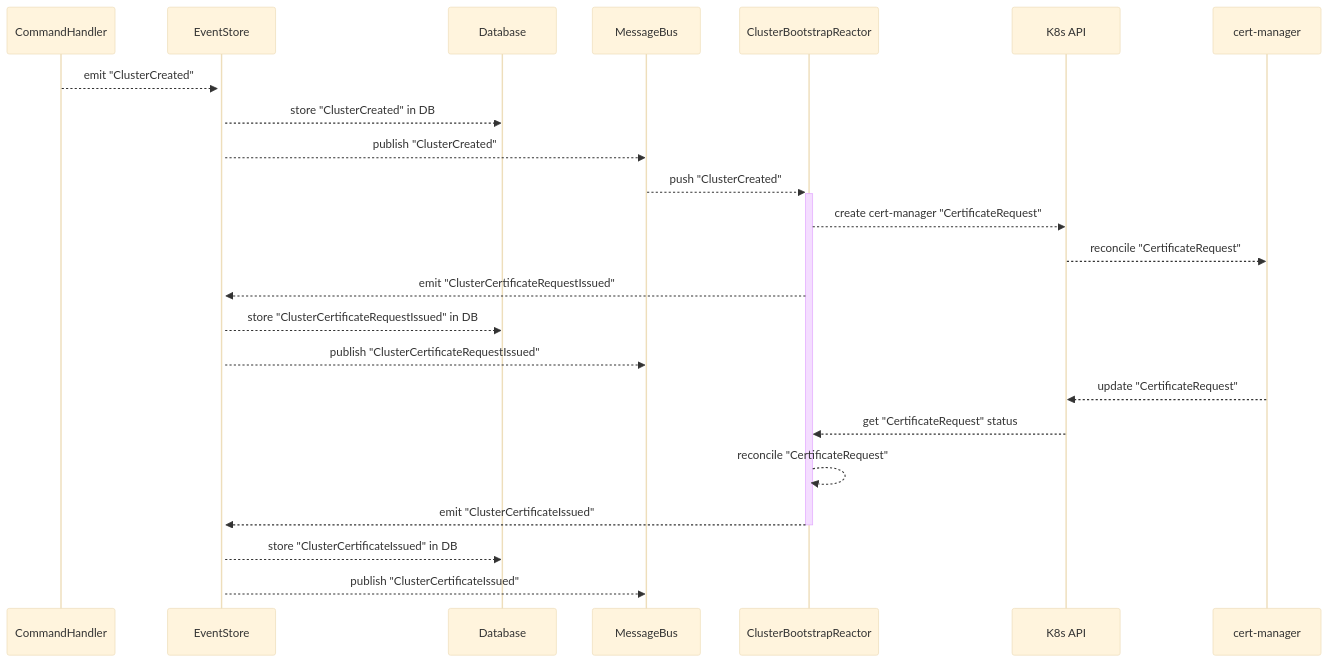
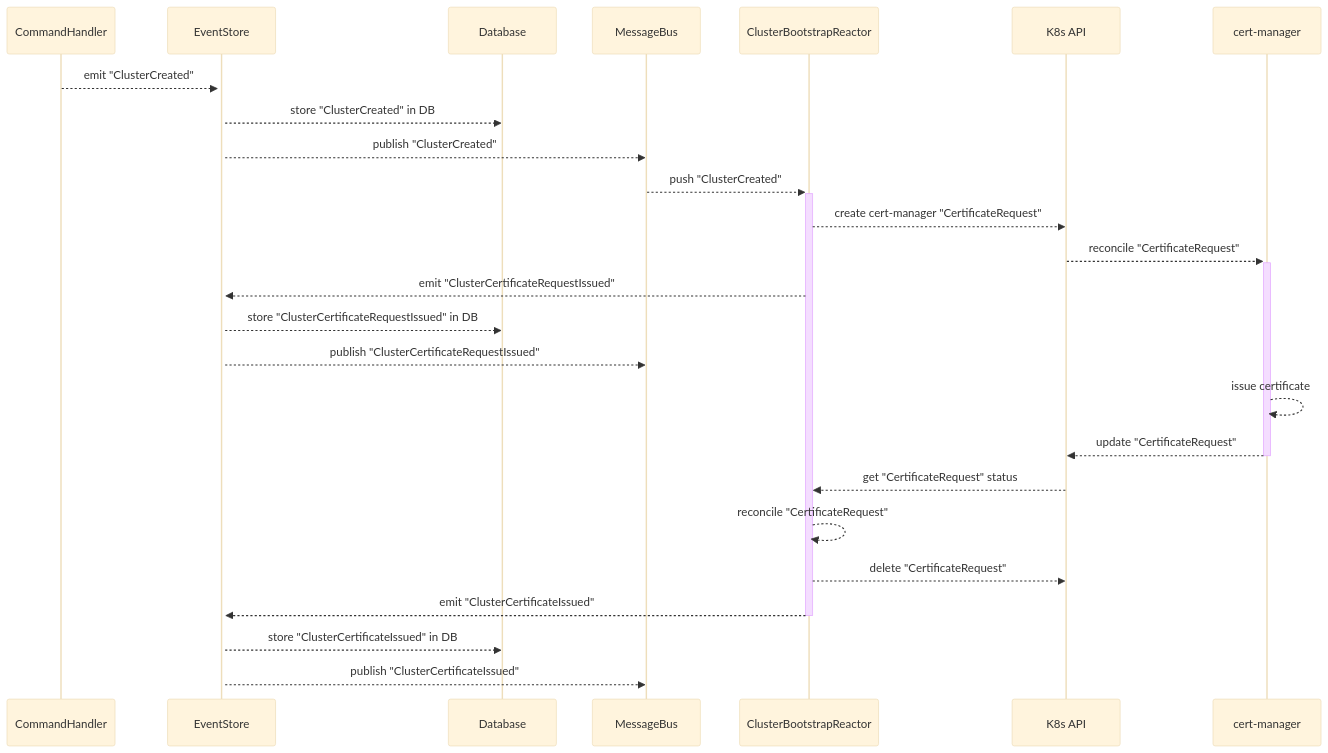
The diagram in docs/flow-charts/reactor-flow-clusterbootstrap-certificate.md (finleap-connect/monoskope), drawn with Mermaid (base theme) before and after one commit.

Commit message:
Update diagram

````diff
--- a/docs/flow-charts/reactor-flow-clusterbootstrap-certificate.md
+++ b/docs/flow-charts/reactor-flow-clusterbootstrap-certificate.md
@@ -5,26 +5,28 @@
 ```mermaid
 sequenceDiagram
  participant CH as CommandHandler
  participant ES as EventStore
  participant DB as Database
  participant MB as MessageBus
  participant R as ClusterBootstrapReactor
  participant K as K8s API
  participant CM as cert-manager
  
  CH-->>+ES: emit "ClusterCreated"
  ES-->>DB: store "ClusterCreated" in DB
  ES-->>MB: publish "ClusterCreated"
  MB-->>+R: push "ClusterCreated"
  R-->>K: create cert-manager "CertificateRequest"
- K-->>CM: reconcile "CertificateRequest"
+ K-->>+CM: reconcile "CertificateRequest"
  R-->>ES: emit "ClusterCertificateRequestIssued"
  ES-->>DB: store "ClusterCertificateRequestIssued" in DB
  ES-->>MB: publish "ClusterCertificateRequestIssued"
- CM-->>K: update "CertificateRequest"
+ CM-->>CM: issue certificate
+ CM-->>-K: update "CertificateRequest"
  K-->>R: get "CertificateRequest" status
  R-->>R: reconcile "CertificateRequest"
+ R-->>K: delete "CertificateRequest"
  R-->>-ES: emit "ClusterCertificateIssued"
  ES-->>DB: store "ClusterCertificateIssued" in DB
  ES-->>MB: publish "ClusterCertificateIssued"
 ```
````
